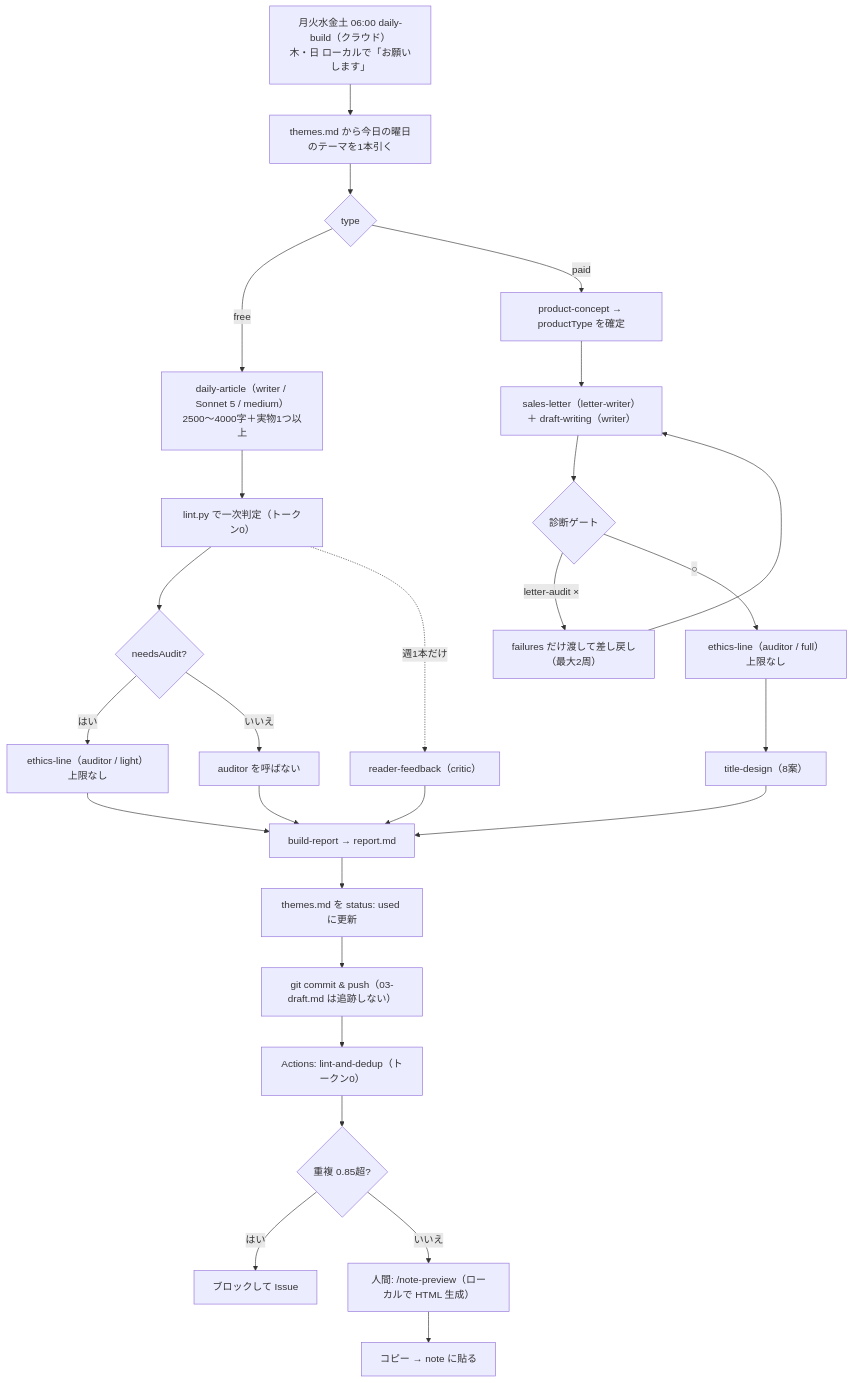
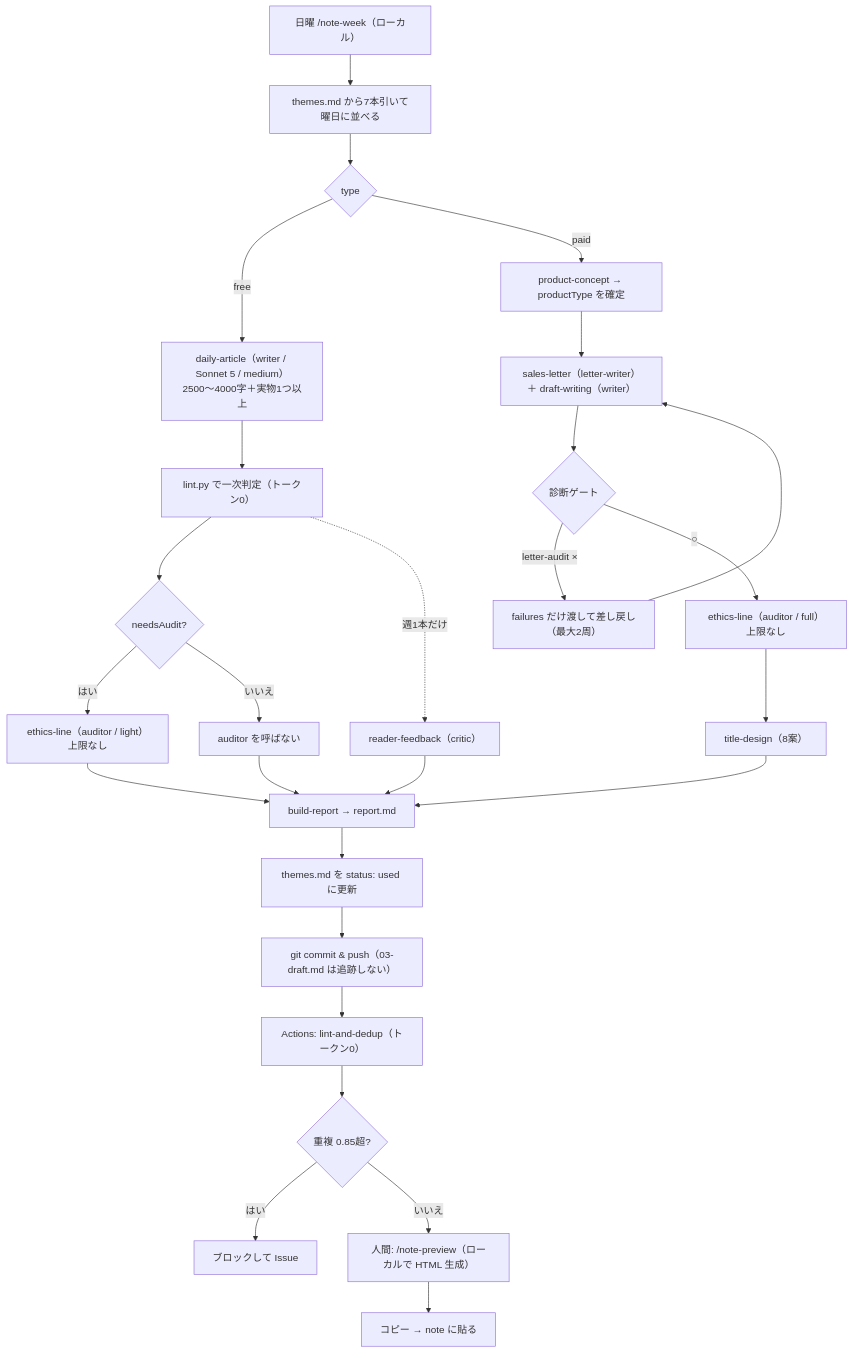
One commit to kou56250046-cloud/note-automation-app changed the second of 2 diagrams in ARCHITECTURE.md. Above: the diagram before and after it, drawn with Mermaid. The commit also changed other lines of this file and 34 other files, not shown here.

````diff
--- a/ARCHITECTURE.md
+++ b/ARCHITECTURE.md
@@ -367,32 +367,32 @@
 ```mermaid
 flowchart TD
-    A["月火水金土 06:00 daily-build（クラウド）<br/>木・日 ローカルで「お願いします」"] --> B["themes.md から今日の曜日のテーマを1本引く"]
+    A["日曜 /note-week（ローカル）"] --> B["themes.md から7本引いて曜日に並べる"]
     B --> C{"type"}
 
     C -- "free" --> D["daily-article（writer / Sonnet 5 / medium）<br/>2500〜4000字＋実物1つ以上"]
     D --> D2["lint.py で一次判定（トークン0）"]
     D2 --> D3{"needsAudit?"}
     D3 -- "はい" --> F["ethics-line（auditor / light）上限なし"]
     D3 -- "いいえ" --> F2["auditor を呼ばない"]
     D2 -.->|"週1本だけ"| E["reader-feedback（critic）"]
 
     C -- "paid" --> G["product-concept → productType を確定"]
     G --> H["sales-letter（letter-writer）＋ draft-writing（writer）"]
     H --> I{"診断ゲート"}
     I -- "letter-audit ×" --> J["failures だけ渡して差し戻し（最大2周）"]
     J --> H
     I -- "○" --> K["ethics-line（auditor / full）上限なし"]
     K --> L["title-design（8案）"]
 
     F --> M["build-report → report.md"]
     F2 --> M
     E --> M
     L --> M
     M --> N["themes.md を status: used に更新"]
     N --> O["git commit & push（03-draft.md は追跡しない）"]
     O --> P["Actions: lint-and-dedup（トークン0）"]
     P --> Q{"重複 0.85超?"}
     Q -- "はい" --> R["ブロックして Issue"]
     Q -- "いいえ" --> S["人間: /note-preview（ローカルで HTML 生成）"]
     S --> T["コピー → note に貼る"]
 ```
````
